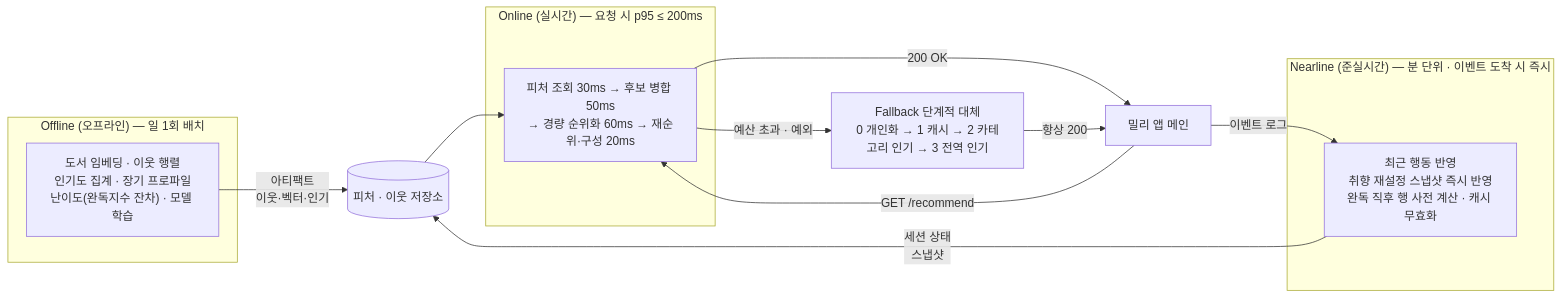
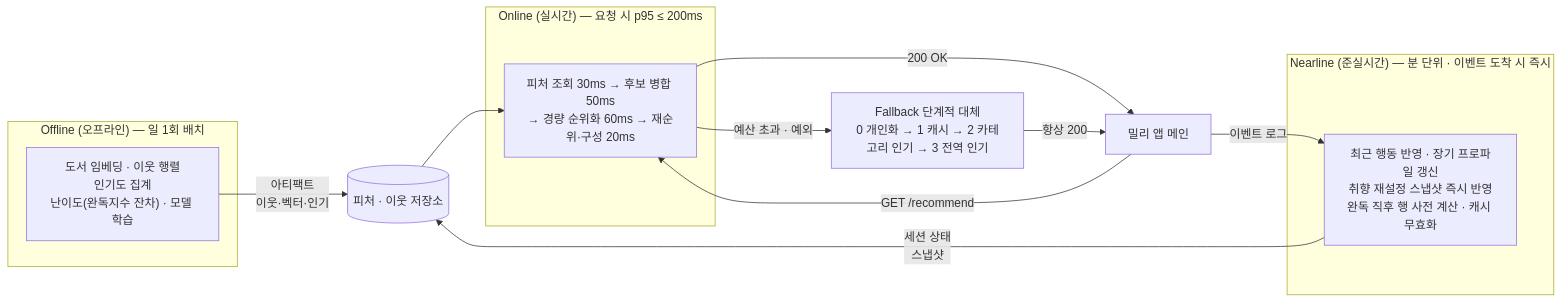
Before and after one commit to ShinWon-Chul/millie-rec: the third of 4 diagrams in report/draft.md, drawn with Mermaid. The commit also changed other lines of this file and 1 other file, not shown here.

````diff
--- a/report/draft.md
+++ b/report/draft.md
@@ -114,20 +114,20 @@
 ```mermaid
 flowchart LR
     subgraph OFF["Offline (오프라인) — 일 1회 배치"]
-        O1["도서 임베딩 · 이웃 행렬<br/>인기도 집계 · 장기 프로파일<br/>난이도(완독지수 잔차) · 모델 학습"]
+        O1["도서 임베딩 · 이웃 행렬<br/>인기도 집계<br/>난이도(완독지수 잔차) · 모델 학습"]
     end
     subgraph NEAR["Nearline (준실시간) — 분 단위 · 이벤트 도착 시 즉시"]
-        N1["최근 행동 반영<br/>취향 재설정 스냅샷 즉시 반영<br/>완독 직후 행 사전 계산 · 캐시 무효화"]
+        N1["최근 행동 반영 · 장기 프로파일 갱신<br/>취향 재설정 스냅샷 즉시 반영<br/>완독 직후 행 사전 계산 · 캐시 무효화"]
     end
     subgraph ON["Online (실시간) — 요청 시 p95 ≤ 200ms"]
         O2["피처 조회 30ms → 후보 병합 50ms<br/>→ 경량 순위화 60ms → 재순위·구성 20ms"]
     end
     O1 -->|"아티팩트<br/>이웃·벡터·인기"| ST[("피처 · 이웃 저장소")]
     N1 -->|"세션 상태<br/>스냅샷"| ST
     ST --> O2
     APP["밀리 앱 메인"] -->|"GET /recommend"| O2
     O2 -->|"200 OK"| APP
     O2 -->|"예산 초과 · 예외"| FB["Fallback 단계적 대체<br/>0 개인화 → 1 캐시 → 2 카테고리 인기 → 3 전역 인기"]
     FB -->|"항상 200"| APP
     APP -->|"이벤트 로그"| N1
 ```
````
